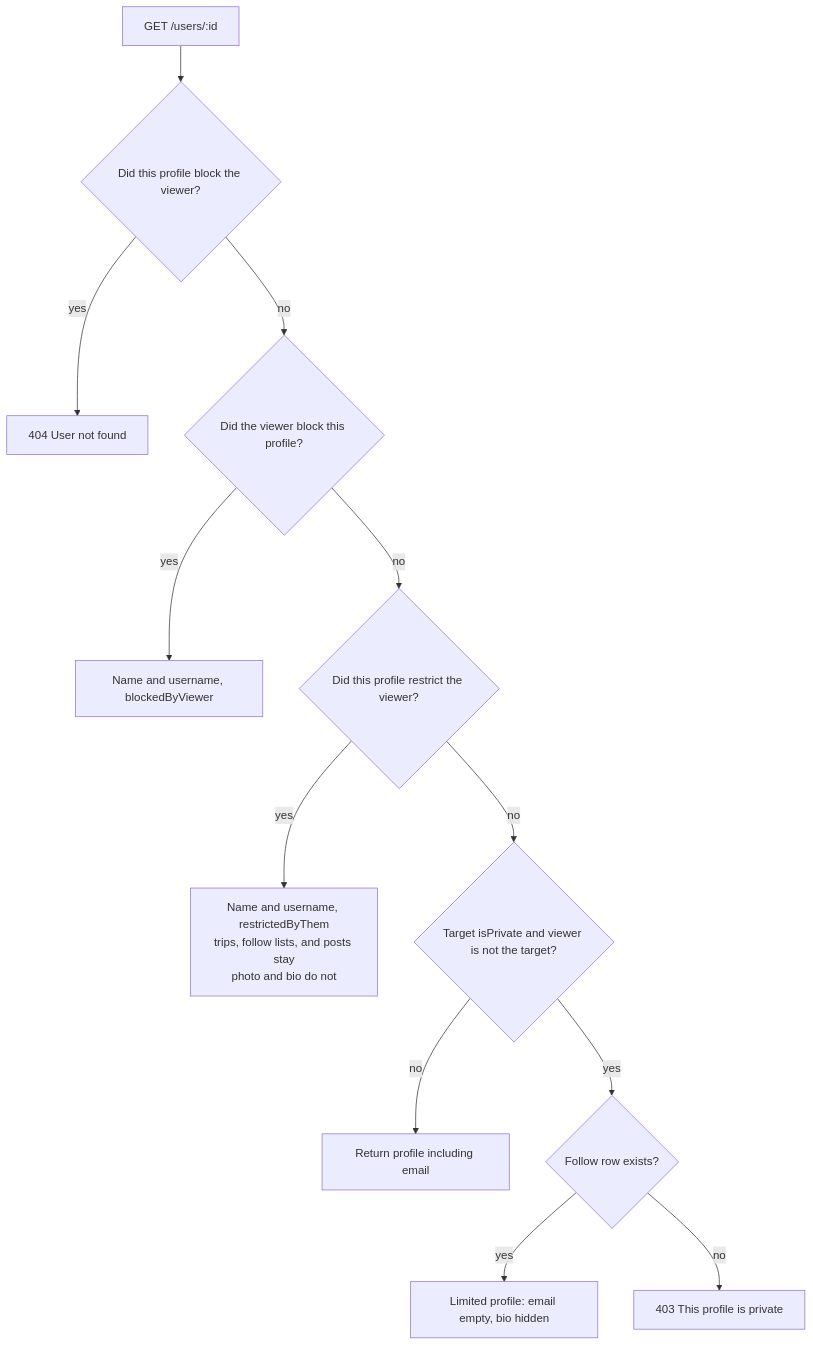
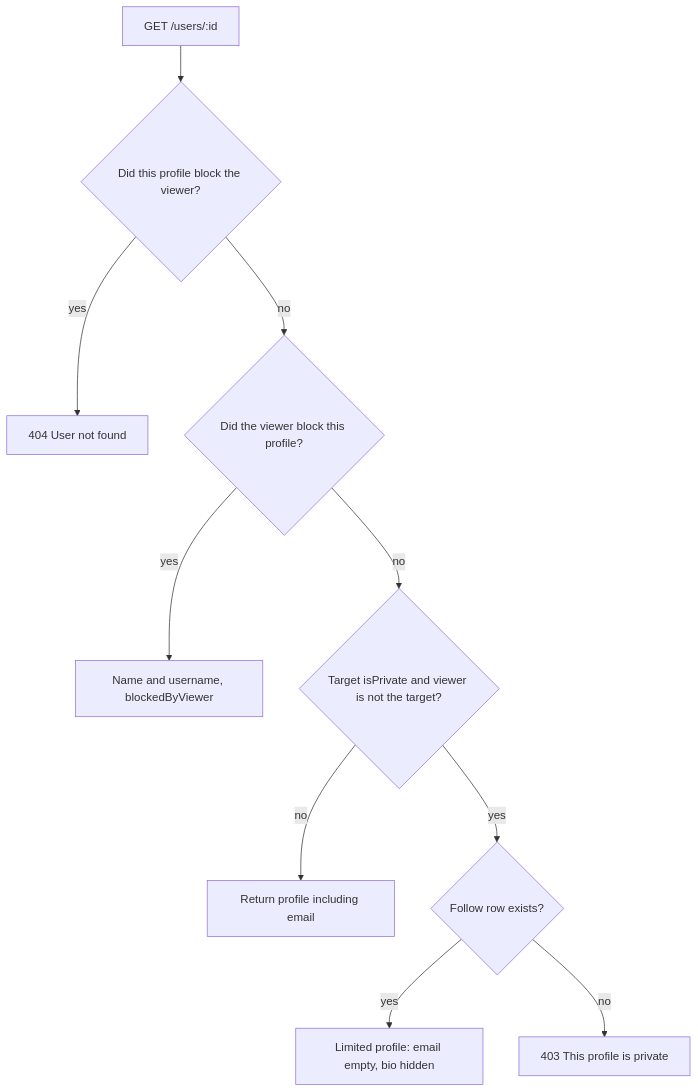
The first of 2 diagrams in documentations/technical/03-profiles-and-privacy.md (bagariaraj23/Trav-Flut), drawn with Mermaid before and after one commit. The commit also changed other lines of this file and 11 other files, not shown here.

First line of the commit message:
Describe Restrict and boot without tying them to one change.

````diff
--- a/documentations/technical/03-profiles-and-privacy.md
+++ b/documentations/technical/03-profiles-and-privacy.md
@@ -30,14 +30,12 @@
 ```mermaid
 flowchart TD
   Start["GET /users/:id"] --> Missing{"Did this profile block the viewer?"}
   Missing -->|yes| Gone["404 User not found"]
   Missing -->|no| Own{"Did the viewer block this profile?"}
   Own -->|yes| Partial["Name and username, blockedByViewer"]
-  Own -->|no| Restricted{"Did this profile restrict the viewer?"}
-  Restricted -->|yes| Thin["Name and username, restrictedByThem\ntrips, follow lists, and posts stay\nphoto and bio do not"]
-  Restricted -->|no| Priv{"Target isPrivate and viewer is not the target?"}
+  Own -->|no| Priv{"Target isPrivate and viewer is not the target?"}
   Priv -->|no| Full["Return profile including email"]
   Priv -->|yes| Follow{"Follow row exists?"}
   Follow -->|yes| Limited["Limited profile: email empty, bio hidden"]
   Follow -->|no| Deny["403 This profile is private"]
 ```
````
